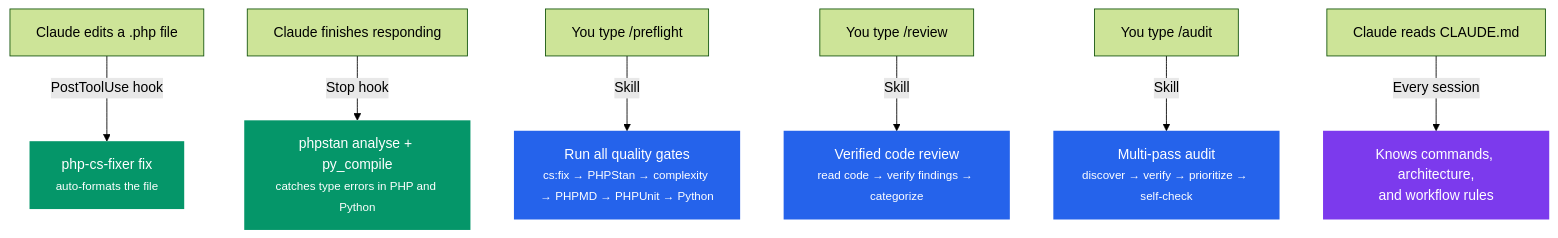
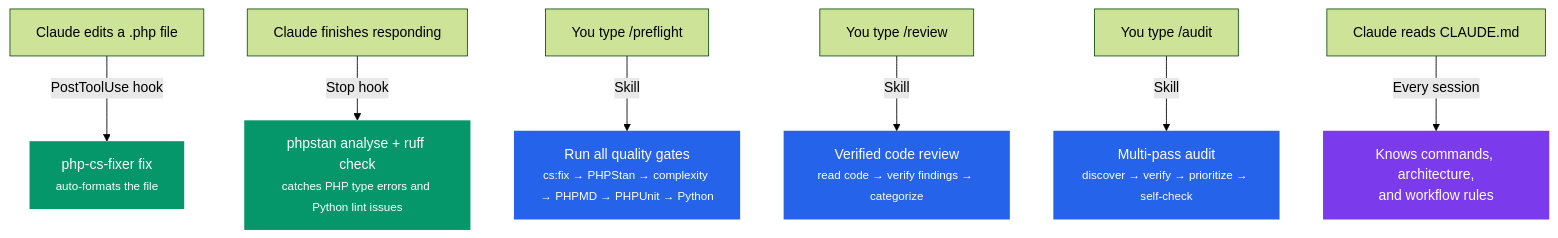
The diagram in docs/workflow.md (blundergoat/ambient-scribe), drawn with Mermaid (forest theme) before and after one commit. The commit also changed other lines of this file and 9 other files, not shown here.

````diff
--- a/docs/workflow.md
+++ b/docs/workflow.md
@@ -20,16 +20,16 @@
 ```mermaid
 graph TD
     A["Claude edits a .php file"] -->|"PostToolUse hook"| B["php-cs-fixer fix<br/><small>auto-formats the file</small>"]
-    C["Claude finishes responding"] -->|"Stop hook"| D["phpstan analyse + py_compile<br/><small>catches type errors in PHP and Python</small>"]
+    C["Claude finishes responding"] -->|"Stop hook"| D["phpstan analyse + ruff check<br/><small>catches PHP type errors and Python lint issues</small>"]
     E["You type /preflight"] -->|"Skill"| F["Run all quality gates<br/><small>cs:fix → PHPStan → complexity → PHPMD → PHPUnit → Python</small>"]
     G["You type /review"] -->|"Skill"| H["Verified code review<br/><small>read code → verify findings → categorize</small>"]
     I["You type /audit"] -->|"Skill"| K["Multi-pass audit<br/><small>discover → verify → prioritize → self-check</small>"]
     J["Claude reads CLAUDE.md"] -->|"Every session"| L["Knows commands, architecture,<br/>and workflow rules"]
 
     style B fill:#059669,color:#fff,stroke:none
     style D fill:#059669,color:#fff,stroke:none
     style F fill:#2563eb,color:#fff,stroke:none
     style H fill:#2563eb,color:#fff,stroke:none
     style K fill:#2563eb,color:#fff,stroke:none
     style L fill:#7c3aed,color:#fff,stroke:none
 ```
````
